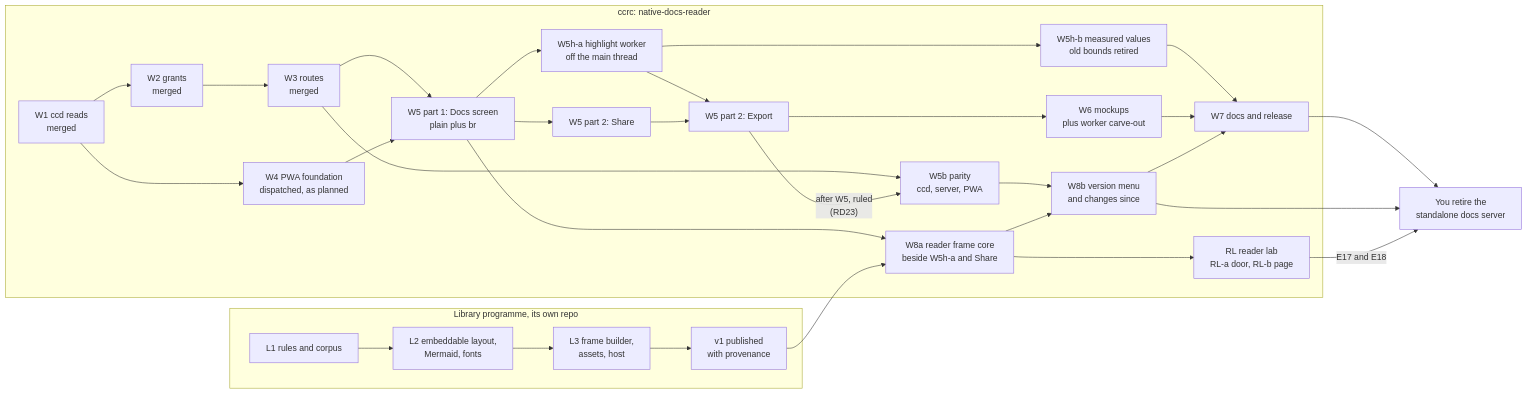
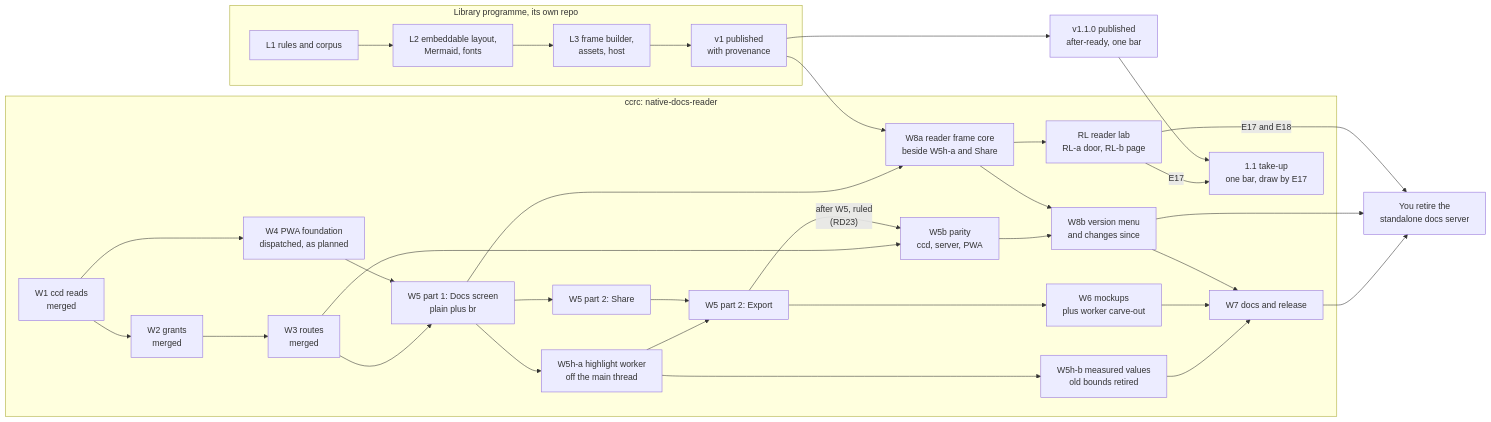
The third of 4 diagrams in docs/superpowers/specs/2026-10-12-rich-docs-reader-and-shared-renderer-design.md (Synapsium-Labs/ccrc-pwa), drawn with Mermaid before and after one commit. The commit also changed other lines of this file and 2 other files, not shown here.

Commit message:
docs: the rich-docs, base and reader lab specs amended for the library 1.1 take-up (docs library 1.1 take-up)

````diff
--- a/docs/superpowers/specs/2026-10-12-rich-docs-reader-and-shared-renderer-design.md
+++ b/docs/superpowers/specs/2026-10-12-rich-docs-reader-and-shared-renderer-design.md
@@ -643,30 +646,32 @@
 ```mermaid
 flowchart LR
   subgraph NDR["ccrc: native-docs-reader"]
     W1["W1 ccd reads<br/>merged"] --> W2["W2 grants<br/>merged"] --> W3["W3 routes<br/>merged"]
     W1 --> W4["W4 PWA foundation<br/>dispatched, as planned"]
     W3 --> W5["W5 part 1: Docs screen<br/>plain plus br"]
     W4 --> W5
     W5 --> W5h["W5h-a highlight worker<br/>off the main thread"]
     W5h --> W5hb["W5h-b measured values<br/>old bounds retired"]
     W5hb --> W7
     W5 --> W5s["W5 part 2: Share"]
     W5h --> W5e["W5 part 2: Export"]
     W5s --> W5e
     W3 --> W5b["W5b parity<br/>ccd, server, PWA"]
     W5e -->|"after W5, ruled<br/>(RD23)"| W5b
     W5e --> W6["W6 mockups<br/>plus worker carve-out"] --> W7["W7 docs and release"]
     W5 --> W8a["W8a reader frame core<br/>beside W5h-a and Share"]
     W5b --> W8b["W8b version menu<br/>and changes since"]
     W8a --> W8b
     W8b --> W7
     W8a --> RL["RL reader lab<br/>RL-a door, RL-b page"]
+    RL -->|"E17"| TU["1.1 take-up<br/>one bar, draw by E17"]
   end
   subgraph LIBP["Library programme, its own repo"]
     LA["L1 rules and corpus"] --> LB["L2 embeddable layout,<br/>Mermaid, fonts"] --> LC["L3 frame builder,<br/>assets, host"] --> V1["v1 published<br/>with provenance"]
   end
   V1 --> W8a
+  V1 --> V11["v1.1.0 published<br/>after-ready, one bar"] --> TU
   W7 --> RET["You retire the<br/>standalone docs server"]
   W8b --> RET
   RL -->|"E17 and E18"| RET
 ```
````
